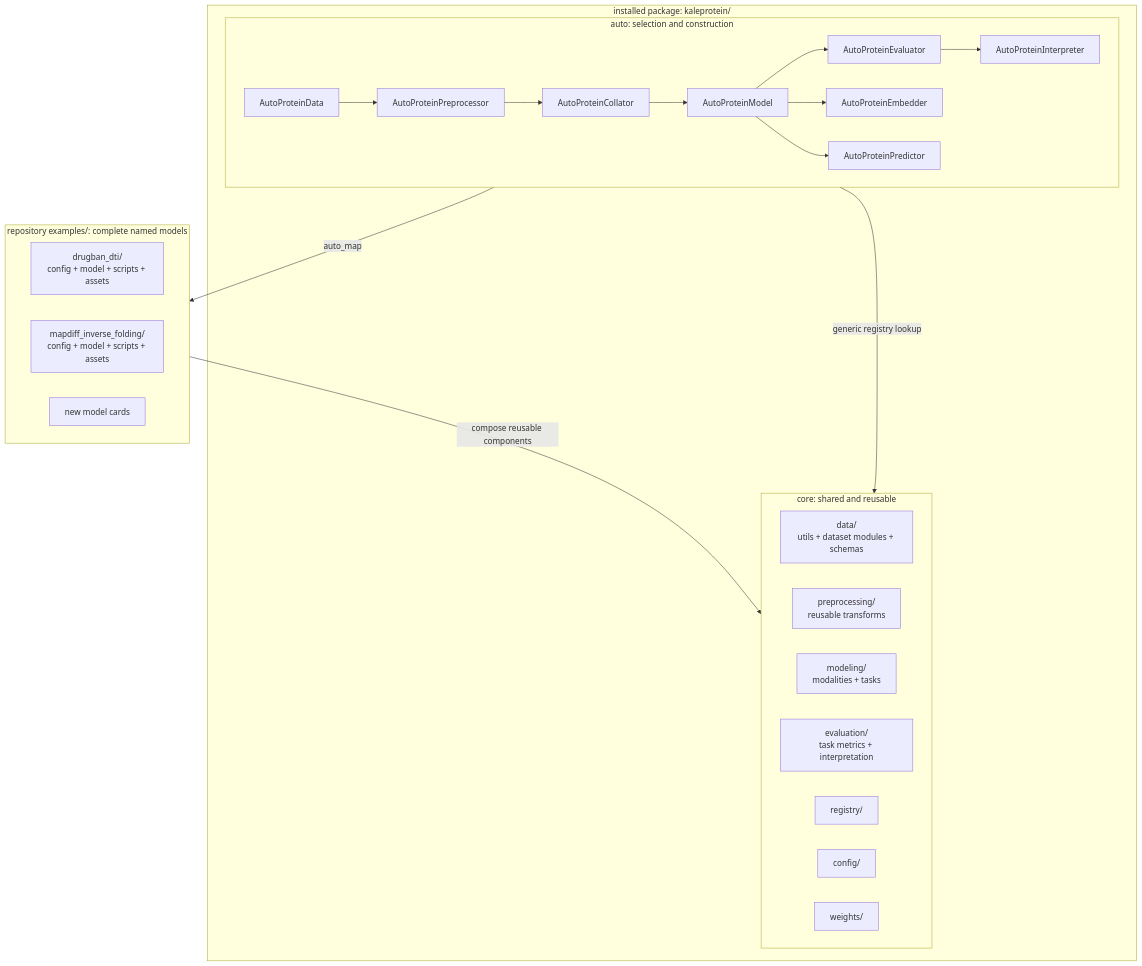
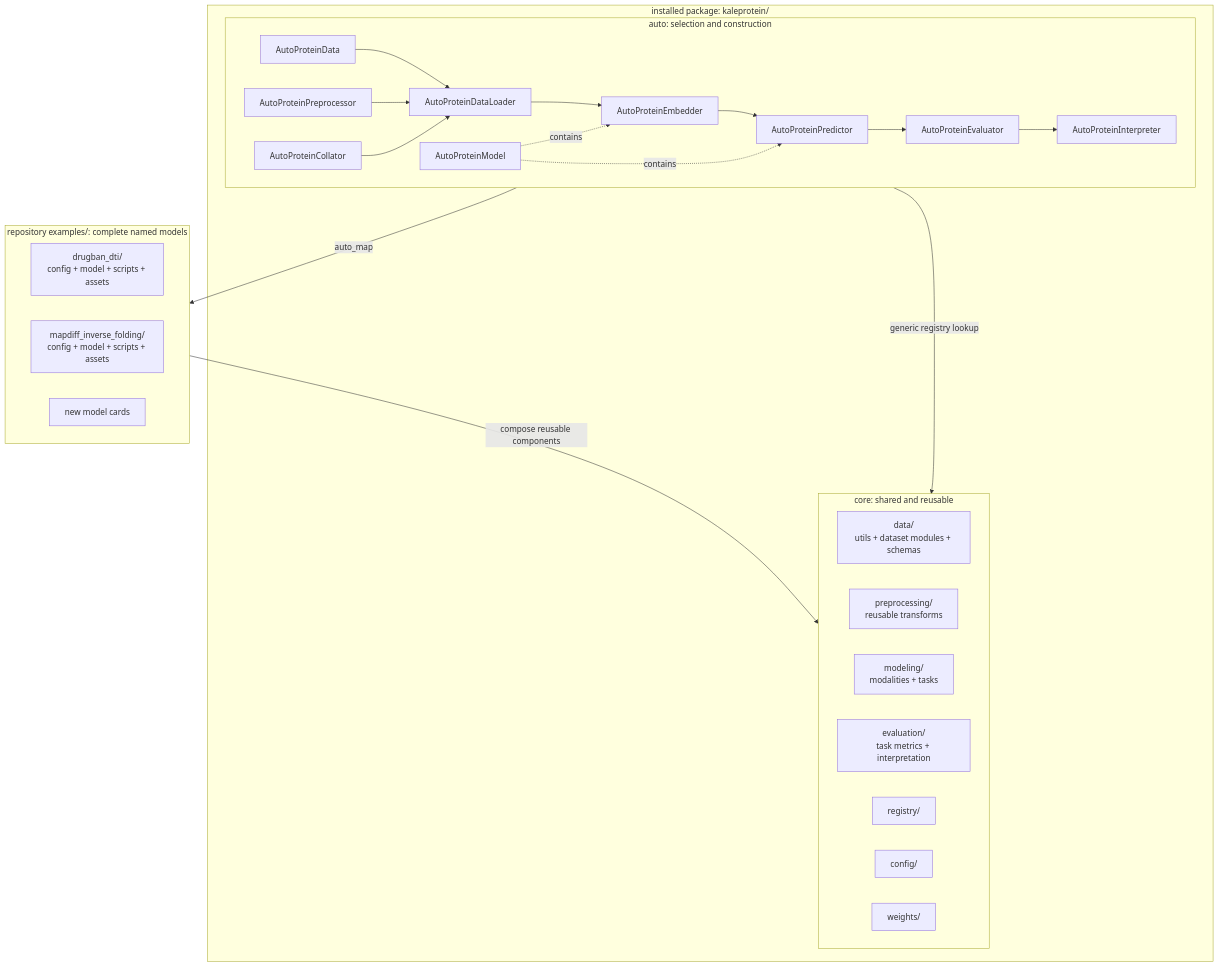
Before and after one commit to pykale/protein: the first of 3 diagrams in docs/architecture.md, drawn with Mermaid. The commit also changed other lines of this file and 15 other files, not shown here.

Commit message:
Add composed protein data loader pipeline

````diff
--- a/docs/architecture.md
+++ b/docs/architecture.md
@@ -17,42 +17,45 @@
 ```mermaid
 flowchart TB
     subgraph PACKAGE["installed package: kaleprotein/"]
       subgraph CORE["core: shared and reusable"]
         direction LR
         CORE_DATA["data/<br/>utils + dataset modules + schemas"]
         CORE_PREP["preprocessing/<br/>reusable transforms"]
         CORE_MODELING["modeling/<br/>modalities + tasks"]
         CORE_EVAL["evaluation/<br/>task metrics + interpretation"]
         REGISTRY["registry/"]
         CONFIG["config/"]
         WEIGHTS["weights/"]
       end
 
       subgraph AUTO["auto: selection and construction"]
         direction LR
         DATA["AutoProteinData"]
         PREP["AutoProteinPreprocessor"]
         COLLATE["AutoProteinCollator"]
+        LOADER["AutoProteinDataLoader"]
         MODEL["AutoProteinModel"]
         EMBED["AutoProteinEmbedder"]
         PREDICT["AutoProteinPredictor"]
         EVAL["AutoProteinEvaluator"]
         INTERP["AutoProteinInterpreter"]
-        DATA --> PREP --> COLLATE
-        COLLATE --> MODEL --> EVAL --> INTERP
-        MODEL --> EMBED
-        MODEL --> PREDICT
+        DATA --> LOADER
+        PREP --> LOADER
+        COLLATE --> LOADER
+        LOADER --> EMBED --> PREDICT --> EVAL --> INTERP
+        MODEL -.->|"contains"| EMBED
+        MODEL -.->|"contains"| PREDICT
       end
     end
 
     subgraph EXAMPLES["repository examples/: complete named models"]
         direction LR
         DRUGBAN["drugban_dti/<br/>config + model + scripts + assets"]
         MAPDIFF["mapdiff_inverse_folding/<br/>config + model + scripts + assets"]
         MORE["new model cards"]
     end
 
     AUTO -->|"generic registry lookup"| CORE
     MODEL -->|"auto_map"| EXAMPLES
     EXAMPLES -->|"compose reusable components"| CORE
 ```
````
